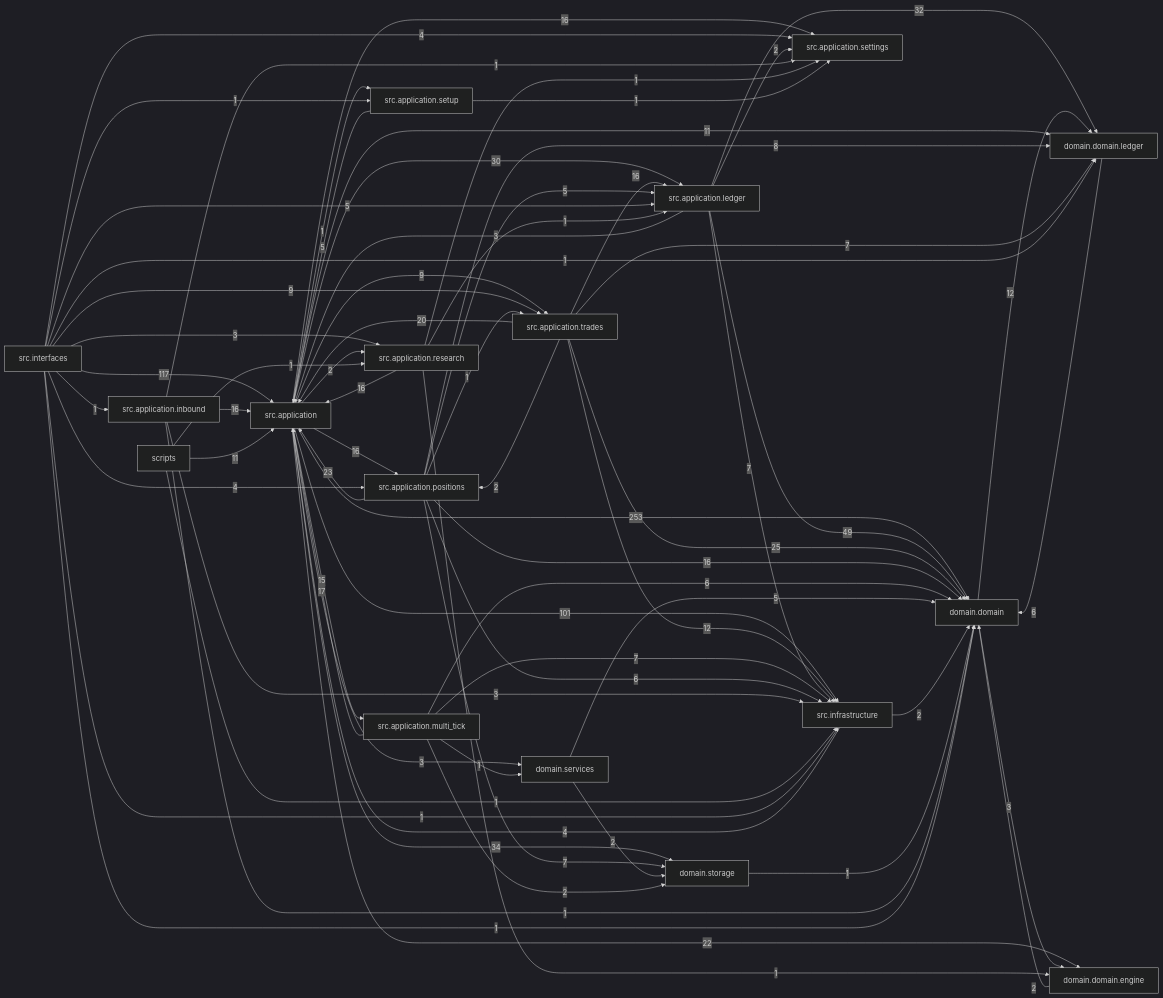
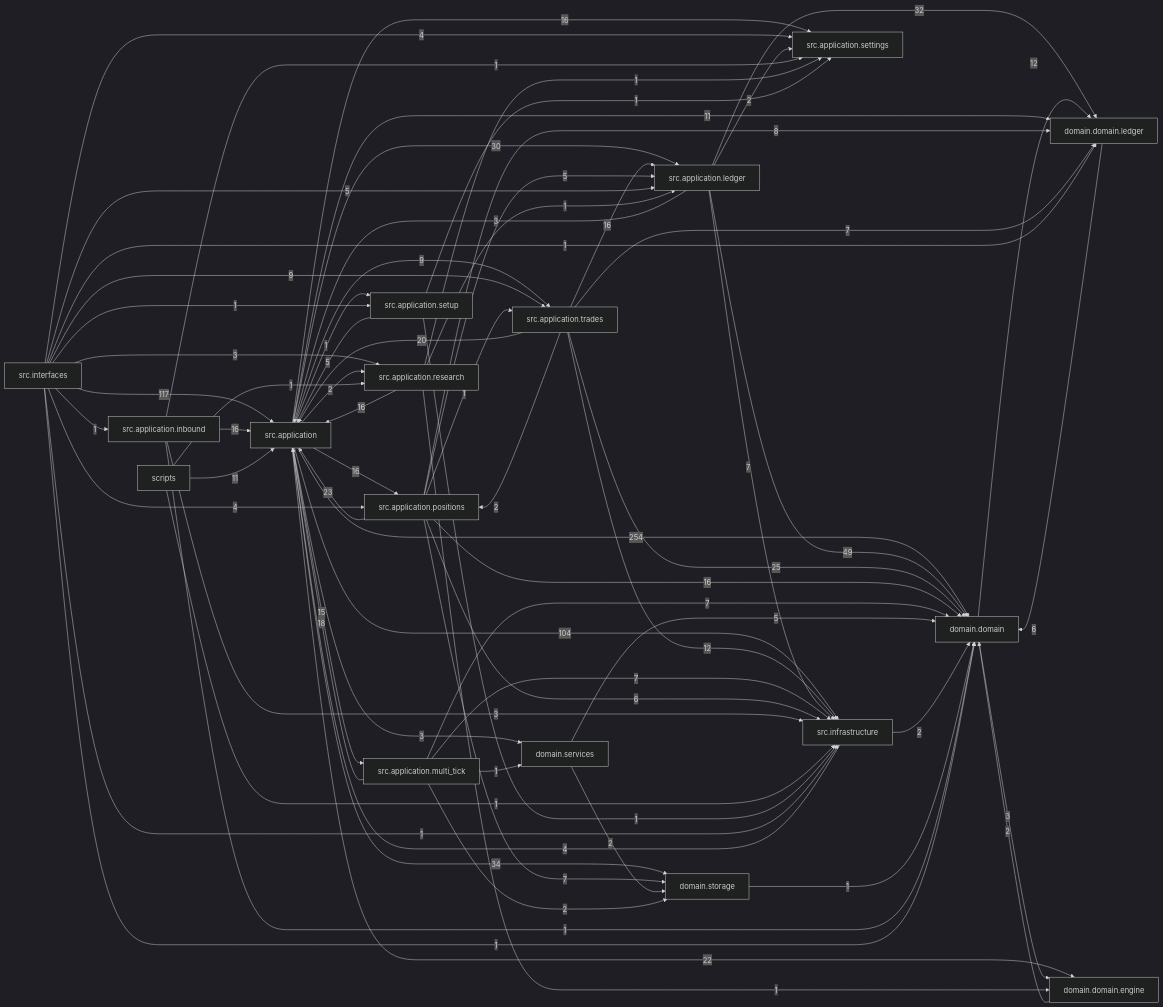
One commit to liuxie066/options-monitor changed the diagram in docs/dependency_graph.mmd. Above: the diagram before and after it, drawn with Mermaid (dark theme). The commit also changed 10 other files, not shown here.

```diff
--- a/docs/dependency_graph.mmd
+++ b/docs/dependency_graph.mmd
@@ -1,70 +1,71 @@
 flowchart LR
-  src_application["src.application"] -->|253| domain_domain["domain.domain"]
+  src_application["src.application"] -->|254| domain_domain["domain.domain"]
   src_interfaces["src.interfaces"] -->|117| src_application["src.application"]
-  src_application["src.application"] -->|101| src_infrastructure["src.infrastructure"]
+  src_application["src.application"] -->|104| src_infrastructure["src.infrastructure"]
   src_application_ledger["src.application.ledger"] -->|49| domain_domain["domain.domain"]
   src_application["src.application"] -->|34| domain_storage["domain.storage"]
   src_application_ledger["src.application.ledger"] -->|32| domain_domain_ledger["domain.domain.ledger"]
   src_application["src.application"] -->|30| src_application_ledger["src.application.ledger"]
   src_application_trades["src.application.trades"] -->|25| domain_domain["domain.domain"]
   src_application_positions["src.application.positions"] -->|23| src_application["src.application"]
   src_application["src.application"] -->|22| domain_domain_engine["domain.domain.engine"]
   src_application_trades["src.application.trades"] -->|20| src_application["src.application"]
-  src_application_multi_tick["src.application.multi_tick"] -->|17| src_application["src.application"]
+  src_application_multi_tick["src.application.multi_tick"] -->|18| src_application["src.application"]
   src_application["src.application"] -->|16| src_application_positions["src.application.positions"]
   src_application["src.application"] -->|16| src_application_settings["src.application.settings"]
   src_application_inbound["src.application.inbound"] -->|16| src_application["src.application"]
   src_application_positions["src.application.positions"] -->|16| domain_domain["domain.domain"]
   src_application_research["src.application.research"] -->|16| src_application["src.application"]
   src_application_trades["src.application.trades"] -->|16| src_application_ledger["src.application.ledger"]
   src_application["src.application"] -->|15| src_application_multi_tick["src.application.multi_tick"]
   domain_domain["domain.domain"] -->|12| domain_domain_ledger["domain.domain.ledger"]
   src_application_trades["src.application.trades"] -->|12| src_infrastructure["src.infrastructure"]
   scripts["scripts"] -->|11| src_application["src.application"]
   src_application["src.application"] -->|11| domain_domain_ledger["domain.domain.ledger"]
   src_application["src.application"] -->|9| src_application_trades["src.application.trades"]
   src_interfaces["src.interfaces"] -->|9| src_application_trades["src.application.trades"]
   src_application_positions["src.application.positions"] -->|8| domain_domain_ledger["domain.domain.ledger"]
   src_application_ledger["src.application.ledger"] -->|7| src_infrastructure["src.infrastructure"]
+  src_application_multi_tick["src.application.multi_tick"] -->|7| domain_domain["domain.domain"]
   src_application_multi_tick["src.application.multi_tick"] -->|7| src_infrastructure["src.infrastructure"]
   src_application_positions["src.application.positions"] -->|7| domain_storage["domain.storage"]
   src_application_trades["src.application.trades"] -->|7| domain_domain_ledger["domain.domain.ledger"]
   domain_domain_ledger["domain.domain.ledger"] -->|6| domain_domain["domain.domain"]
-  src_application_multi_tick["src.application.multi_tick"] -->|6| domain_domain["domain.domain"]
   src_application_positions["src.application.positions"] -->|6| src_infrastructure["src.infrastructure"]
   domain_services["domain.services"] -->|5| domain_domain["domain.domain"]
   src_application_positions["src.application.positions"] -->|5| src_application_ledger["src.application.ledger"]
   src_application_setup["src.application.setup"] -->|5| src_application["src.application"]
   src_interfaces["src.interfaces"] -->|5| src_application_ledger["src.application.ledger"]
   src_infrastructure["src.infrastructure"] -->|4| src_application["src.application"]
   src_interfaces["src.interfaces"] -->|4| src_application_positions["src.application.positions"]
   src_interfaces["src.interfaces"] -->|4| src_application_settings["src.application.settings"]
   domain_domain["domain.domain"] -->|3| domain_domain_engine["domain.domain.engine"]
   src_application["src.application"] -->|3| domain_services["domain.services"]
   src_application_inbound["src.application.inbound"] -->|3| src_infrastructure["src.infrastructure"]
   src_application_ledger["src.application.ledger"] -->|3| src_application["src.application"]
   src_interfaces["src.interfaces"] -->|3| src_application_research["src.application.research"]
   domain_domain_engine["domain.domain.engine"] -->|2| domain_domain["domain.domain"]
   domain_services["domain.services"] -->|2| domain_storage["domain.storage"]
   src_application["src.application"] -->|2| src_application_research["src.application.research"]
   src_application_ledger["src.application.ledger"] -->|2| src_application_settings["src.application.settings"]
   src_application_multi_tick["src.application.multi_tick"] -->|2| domain_storage["domain.storage"]
   src_application_trades["src.application.trades"] -->|2| src_application_positions["src.application.positions"]
   src_infrastructure["src.infrastructure"] -->|2| domain_domain["domain.domain"]
   domain_storage["domain.storage"] -->|1| domain_domain["domain.domain"]
   scripts["scripts"] -->|1| src_application_research["src.application.research"]
   scripts["scripts"] -->|1| src_infrastructure["src.infrastructure"]
   src_application["src.application"] -->|1| src_application_setup["src.application.setup"]
   src_application_inbound["src.application.inbound"] -->|1| domain_domain["domain.domain"]
   src_application_inbound["src.application.inbound"] -->|1| src_application_settings["src.application.settings"]
   src_application_multi_tick["src.application.multi_tick"] -->|1| domain_services["domain.services"]
   src_application_positions["src.application.positions"] -->|1| src_application_trades["src.application.trades"]
   src_application_research["src.application.research"] -->|1| domain_domain_engine["domain.domain.engine"]
   src_application_research["src.application.research"] -->|1| src_application_ledger["src.application.ledger"]
   src_application_research["src.application.research"] -->|1| src_application_settings["src.application.settings"]
   src_application_setup["src.application.setup"] -->|1| src_application_settings["src.application.settings"]
+  src_application_setup["src.application.setup"] -->|1| src_infrastructure["src.infrastructure"]
   src_interfaces["src.interfaces"] -->|1| domain_domain["domain.domain"]
   src_interfaces["src.interfaces"] -->|1| domain_domain_ledger["domain.domain.ledger"]
   src_interfaces["src.interfaces"] -->|1| src_application_inbound["src.application.inbound"]
   src_interfaces["src.interfaces"] -->|1| src_application_setup["src.application.setup"]
   src_interfaces["src.interfaces"] -->|1| src_infrastructure["src.infrastructure"]
```
